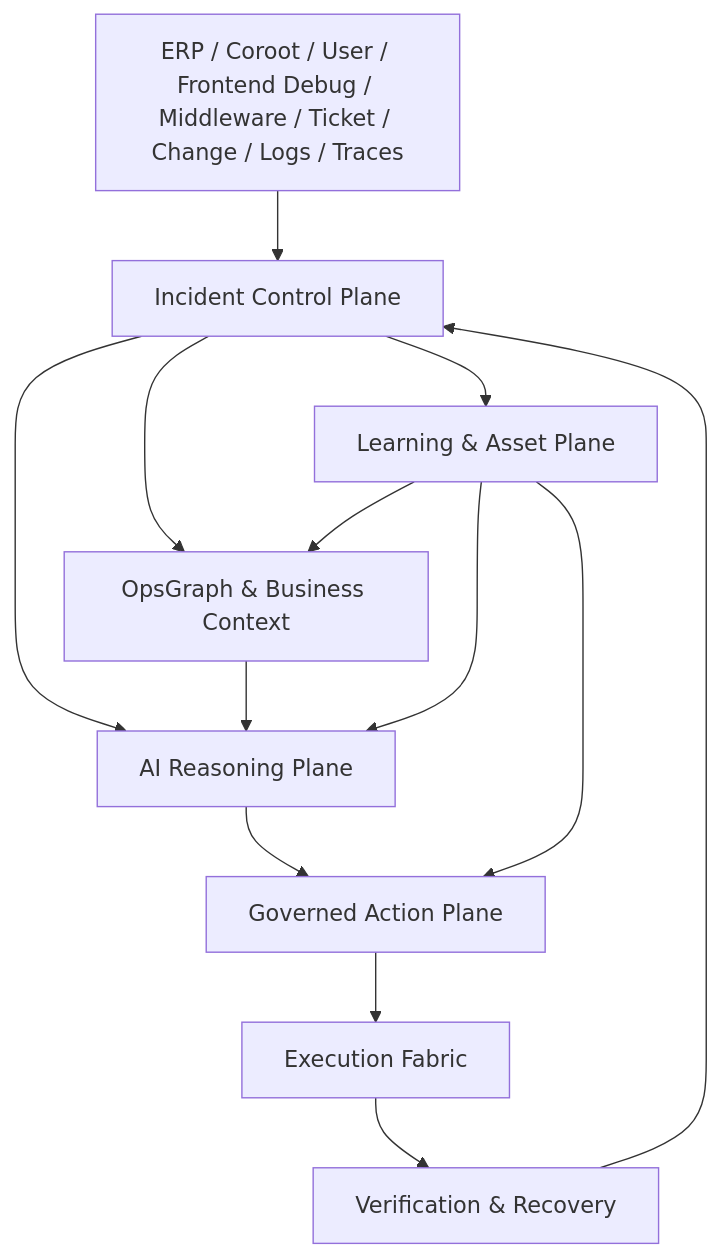
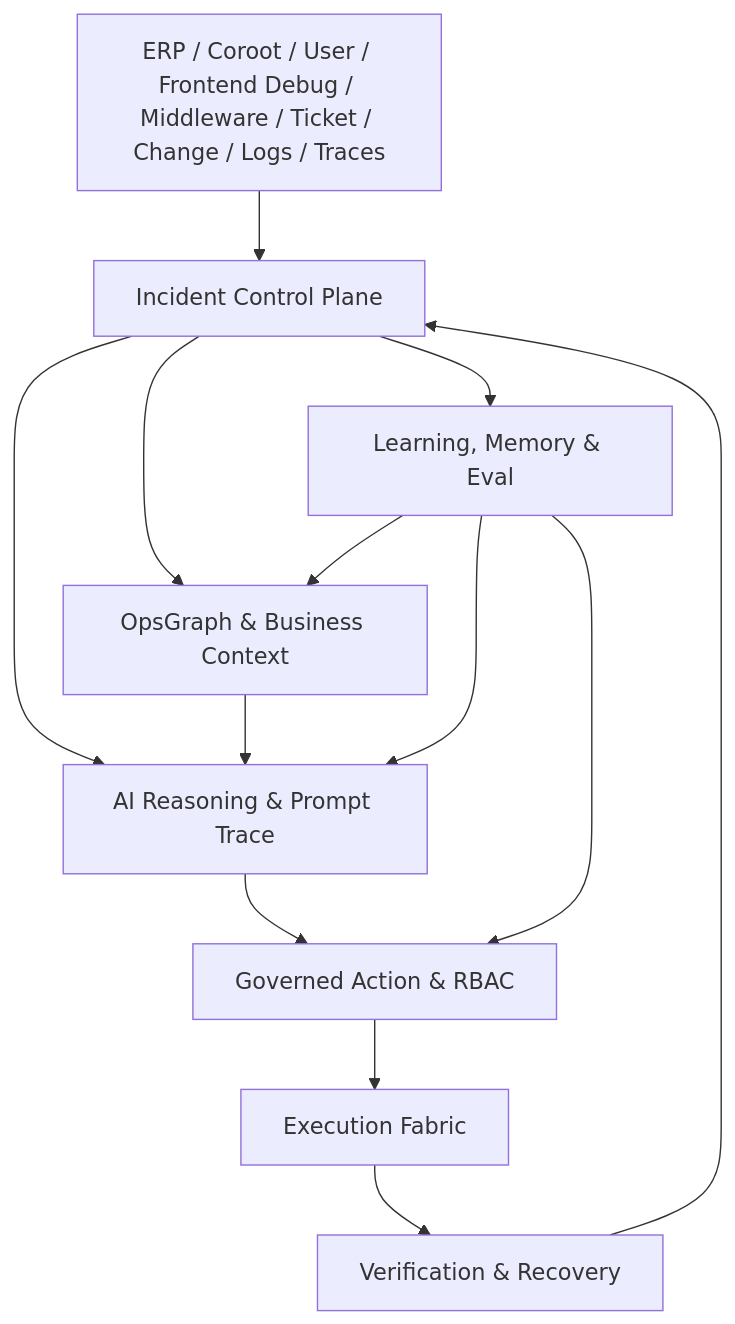
One commit to lizhongxuan/aiops-v2 changed the diagram in docs/superpowers/specs/2026-05-11-aiops-v2-enterprise-control-plane-design.zh.md. Above: the diagram before and after it, drawn with Mermaid. The commit also changed other lines of this file and 10 other files, not shown here.

````diff
--- a/docs/superpowers/specs/2026-05-11-aiops-v2-enterprise-control-plane-design.zh.md
+++ b/docs/superpowers/specs/2026-05-11-aiops-v2-enterprise-control-plane-design.zh.md
@@ -101,15 +30,15 @@
 ```mermaid
 flowchart TD
   Inputs["ERP / Coroot / User / Frontend Debug / Middleware / Ticket / Change / Logs / Traces"] --> ICP["Incident Control Plane"]
   ICP --> KG["OpsGraph & Business Context"]
-  ICP --> AI["AI Reasoning Plane"]
+  ICP --> AI["AI Reasoning & Prompt Trace"]
   KG --> AI
-  AI --> GAP["Governed Action Plane"]
+  AI --> GAP["Governed Action & RBAC"]
   GAP --> EXEC["Execution Fabric"]
   EXEC --> VERIFY["Verification & Recovery"]
   VERIFY --> ICP
-  ICP --> LEARN["Learning & Asset Plane"]
+  ICP --> LEARN["Learning, Memory & Eval"]
   LEARN --> KG
   LEARN --> AI
   LEARN --> GAP
 ```
````
